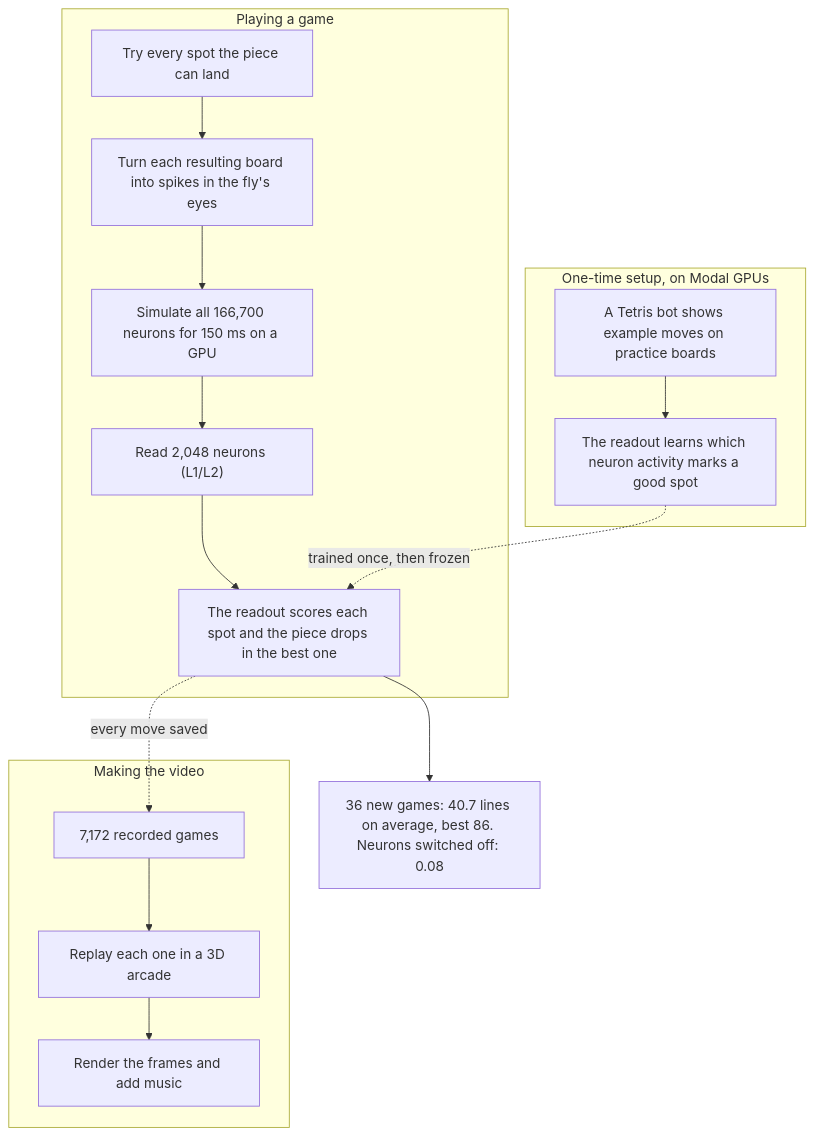
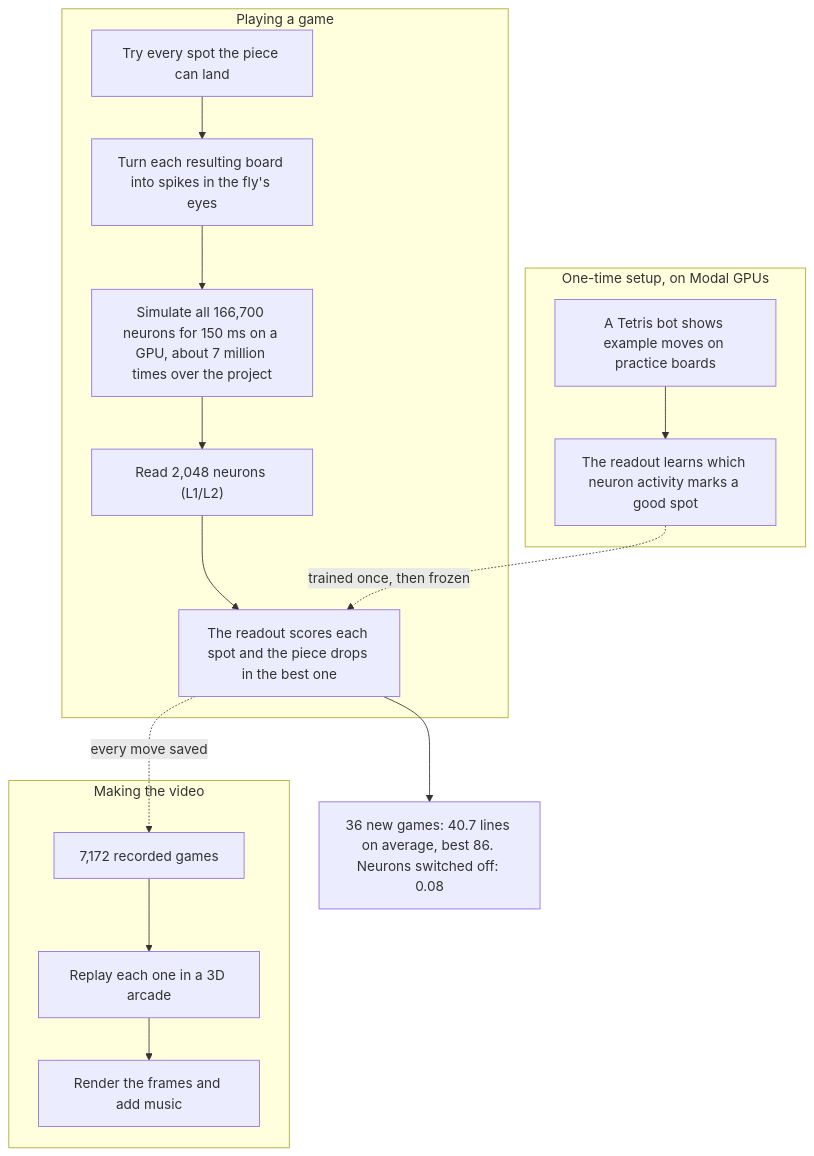
One commit to EnesYilmazcode/Flytris changed the diagram in README.md. Above: the diagram before and after it, drawn with Mermaid. The commit also changed other lines of this file and 1 other file, not shown here.

Commit message:
Add the ~7 million brain simulations count to the README, diagram and report

````diff
--- a/README.md
+++ b/README.md
@@ -27,19 +27,19 @@
 ```mermaid
 flowchart TB
   subgraph play["Playing a game"]
     B["Try every spot the piece can land"] --> E["Turn each resulting board into spikes in the fly's eyes"]
-    E --> C["Simulate all 166,700 neurons for 150 ms on a GPU"]
+    E --> C["Simulate all 166,700 neurons for 150 ms on a GPU, about 7 million times over the project"]
     C --> R["Read 2,048 neurons (L1/L2)"]
     R --> S["The readout scores each spot and the piece drops in the best one"]
   end
   subgraph setup["One-time setup, on Modal GPUs"]
     T["A Tetris bot shows example moves on practice boards"] --> I["The readout learns which neuron activity marks a good spot"]
   end
   I -. trained once, then frozen .-> S
   S --> X["36 new games: 40.7 lines on average, best 86. Neurons switched off: 0.08"]
   subgraph video["Making the video"]
     V["7,172 recorded games"] --> A["Replay each one in a 3D arcade"]
     A --> F["Render the frames and add music"]
   end
   S -. every move saved .-> V
 ```
````
